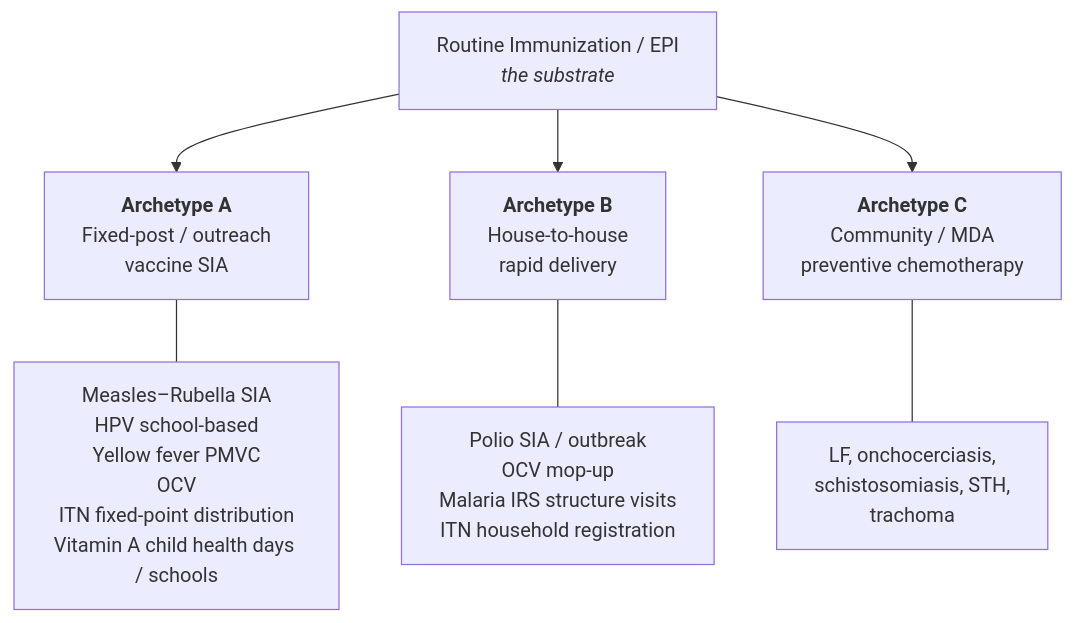
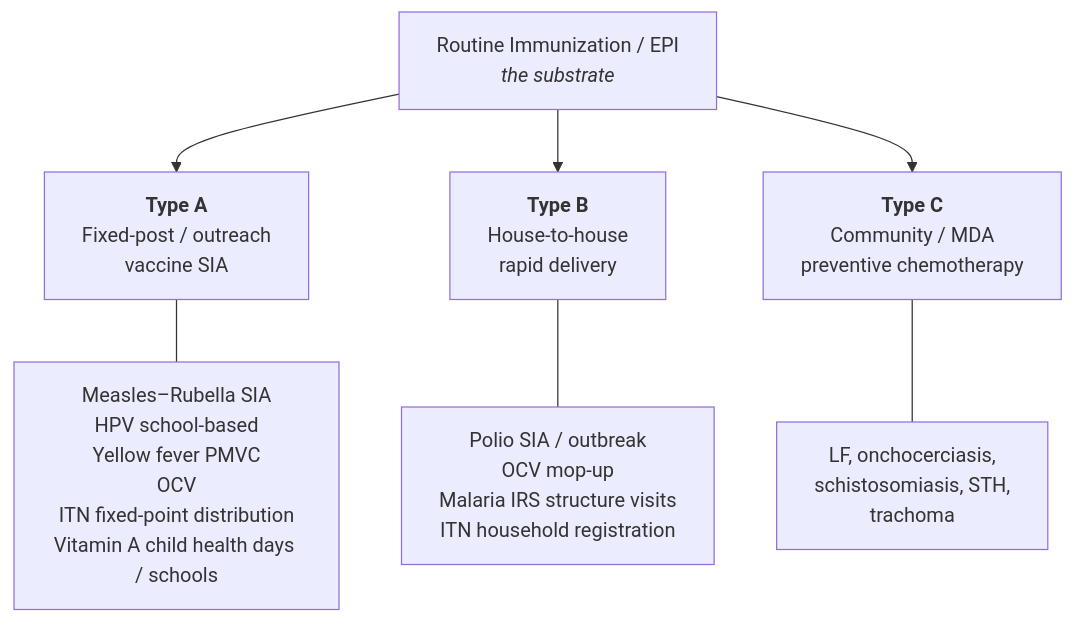
One commit to recodelabs/icr changed the third of 9 diagrams in project/icr-v1.md. Above: the diagram before and after it, drawn with Mermaid. The commit also changed other lines of this file, not shown here.

First line of the commit message:
docs(icr-v1): apply review edits + Archetype->Type rename (v0.3.0)

````diff
--- a/project/icr-v1.md
+++ b/project/icr-v1.md
@@ -156,13 +156,13 @@
 ```mermaid
 flowchart TD
     RI[Routine Immunization / EPI<br/><i>the substrate</i>]
     RI --> A
     RI --> B
     RI --> C
-    A[<b>Archetype A</b><br/>Fixed-post / outreach<br/>vaccine SIA]
-    B[<b>Archetype B</b><br/>House-to-house<br/>rapid delivery]
-    C[<b>Archetype C</b><br/>Community / MDA<br/>preventive chemotherapy]
+    A[<b>Type A</b><br/>Fixed-post / outreach<br/>vaccine SIA]
+    B[<b>Type B</b><br/>House-to-house<br/>rapid delivery]
+    C[<b>Type C</b><br/>Community / MDA<br/>preventive chemotherapy]
     A --- A1[Measles–Rubella SIA<br/>HPV school-based<br/>Yellow fever PMVC<br/>OCV<br/>ITN fixed-point distribution<br/>Vitamin A child health days / schools]
     B --- B1[Polio SIA / outbreak<br/>OCV mop-up<br/>Malaria IRS structure visits<br/>ITN household registration]
     C --- C1[LF, onchocerciasis,<br/>schistosomiasis, STH,<br/>trachoma]
 ```
````
